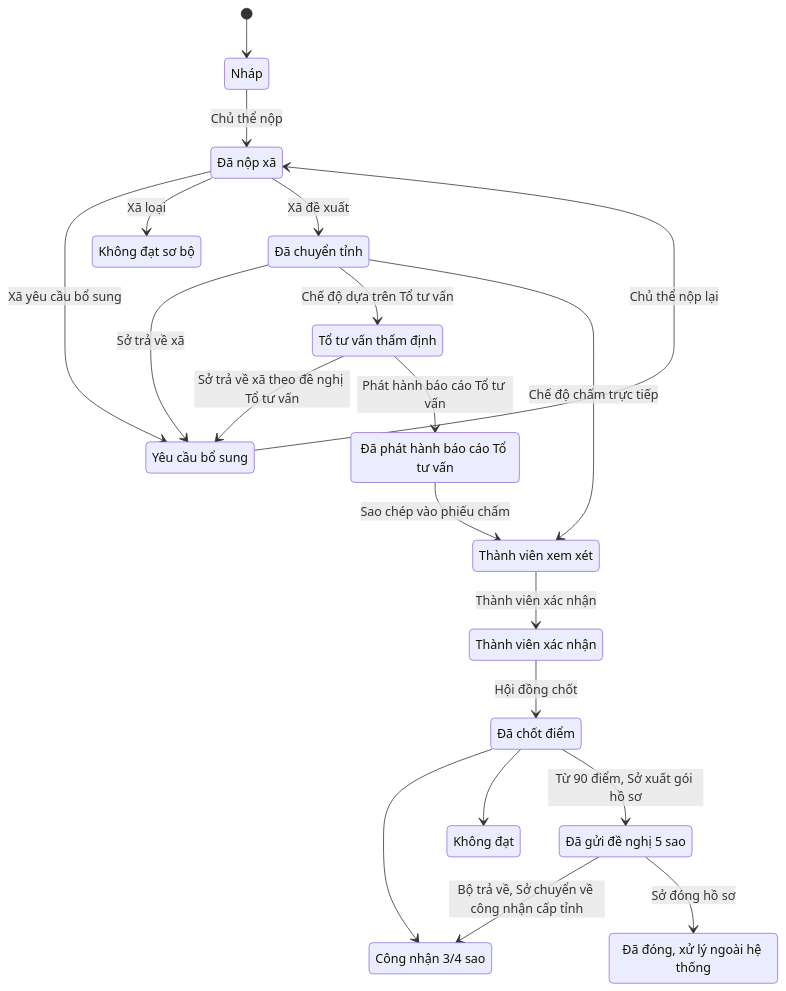
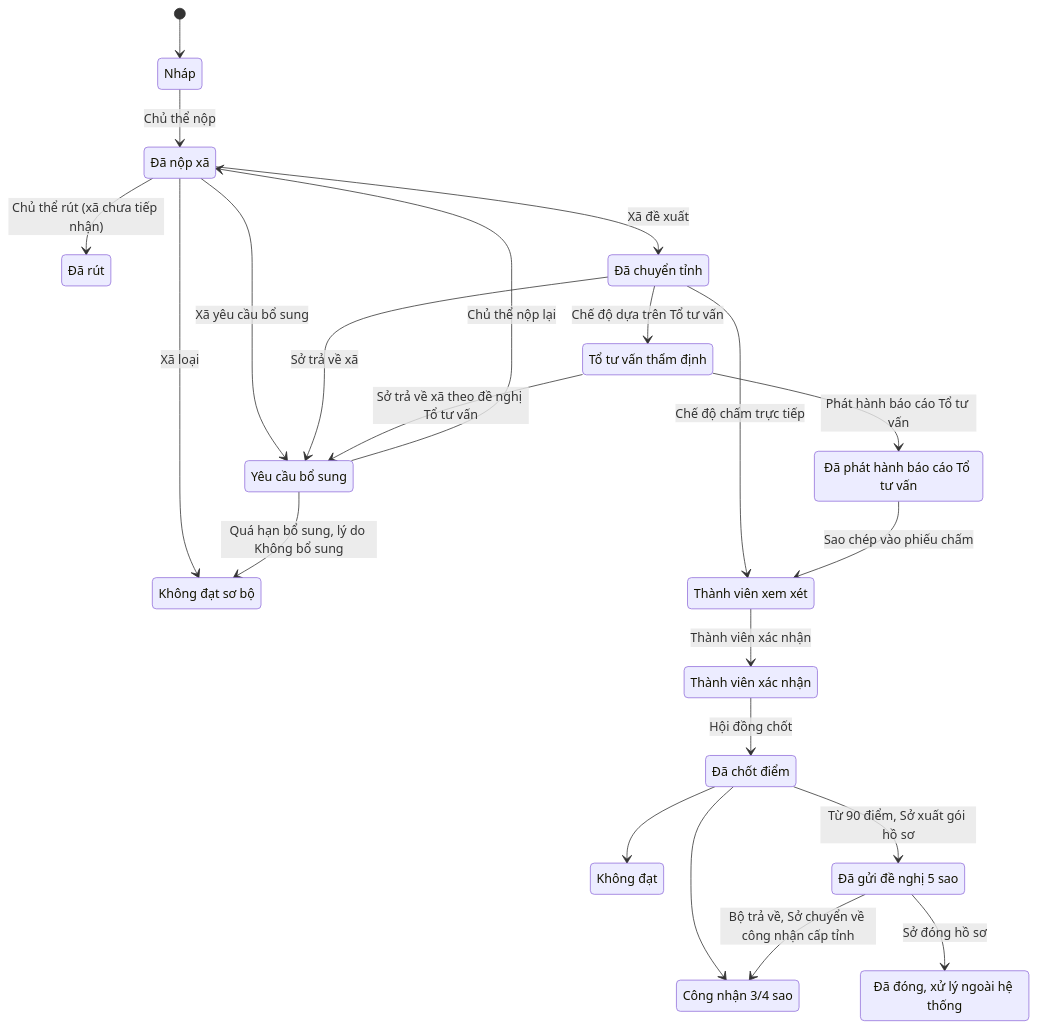
Before and after one commit to ndlinh-celtic/ocop: the second of 9 diagrams in docs/OCOP_luong_xu_ly_ban_rut_gon.md, drawn with Mermaid. The commit also changed other lines of this file and 5 other files, not shown here.

First line of the commit message:
Settle the step 3 domain model for Chủ thể and the ward flow (#30)

````diff
--- a/docs/OCOP_luong_xu_ly_ban_rut_gon.md
+++ b/docs/OCOP_luong_xu_ly_ban_rut_gon.md
@@ -44,37 +44,40 @@
 ```mermaid
 stateDiagram-v2
     state "Nháp" as Nhap
     state "Đã nộp xã" as NopXa
     state "Yêu cầu bổ sung" as BoSung
     state "Không đạt sơ bộ" as KhongDatSB
+    state "Đã rút" as DaRut
     state "Đã chuyển tỉnh" as ChuyenTinh
     state "Tổ tư vấn thẩm định" as ThamMuu
     state "Đã phát hành báo cáo Tổ tư vấn" as PhatHanh
     state "Thành viên xem xét" as TVXem
     state "Thành viên xác nhận" as TVXacNhan
     state "Đã chốt điểm" as ChotDiem
     state "Công nhận 3/4 sao" as CN34
     state "Không đạt" as KhongDat
     state "Đã gửi đề nghị 5 sao" as GuiBo
     state "Đã đóng, xử lý ngoài hệ thống" as DaDong
 
     [*] --> Nhap
     Nhap --> NopXa: Chủ thể nộp
     NopXa --> BoSung: Xã yêu cầu bổ sung
     BoSung --> NopXa: Chủ thể nộp lại
     NopXa --> KhongDatSB: Xã loại
+    NopXa --> DaRut: Chủ thể rút (xã chưa tiếp nhận)
+    BoSung --> KhongDatSB: Quá hạn bổ sung, lý do Không bổ sung
     NopXa --> ChuyenTinh: Xã đề xuất
     ChuyenTinh --> BoSung: Sở trả về xã
     ChuyenTinh --> ThamMuu: Chế độ dựa trên Tổ tư vấn
     ChuyenTinh --> TVXem: Chế độ chấm trực tiếp
     ThamMuu --> BoSung: Sở trả về xã theo đề nghị Tổ tư vấn
     ThamMuu --> PhatHanh: Phát hành báo cáo Tổ tư vấn
     PhatHanh --> TVXem: Sao chép vào phiếu chấm
     TVXem --> TVXacNhan: Thành viên xác nhận
     TVXacNhan --> ChotDiem: Hội đồng chốt
     ChotDiem --> CN34
     ChotDiem --> KhongDat
     ChotDiem --> GuiBo: Từ 90 điểm, Sở xuất gói hồ sơ
     GuiBo --> CN34: Bộ trả về, Sở chuyển về công nhận cấp tỉnh
     GuiBo --> DaDong: Sở đóng hồ sơ
 ```
````
